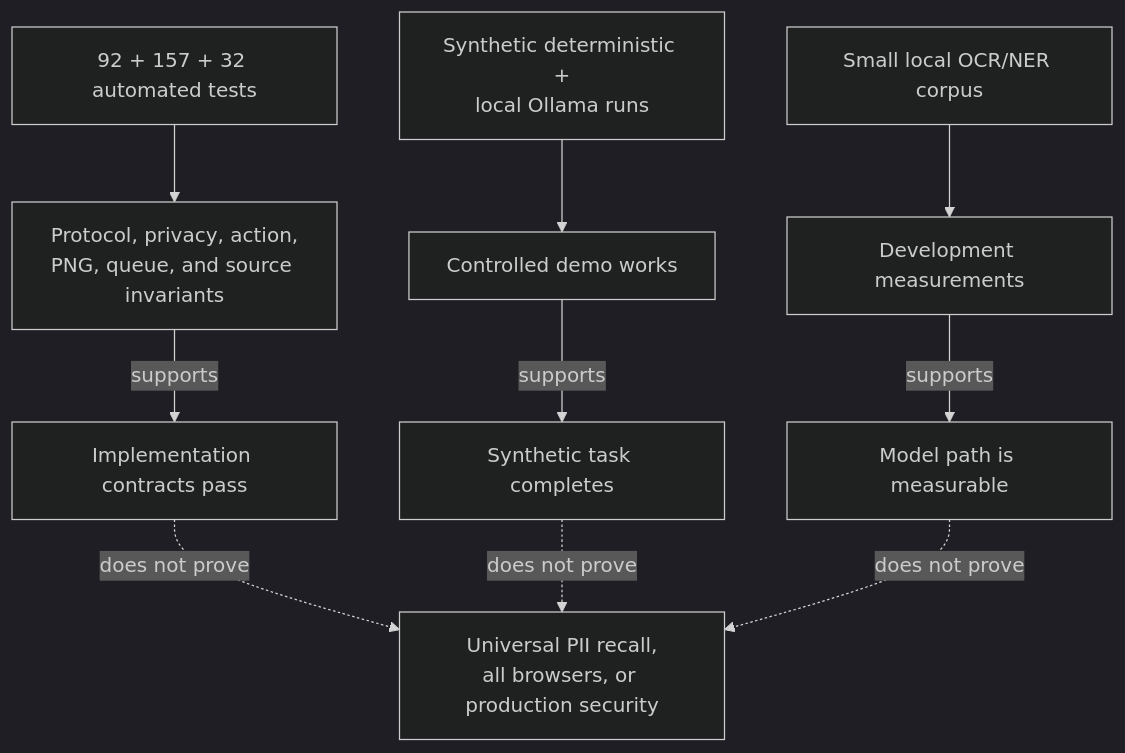
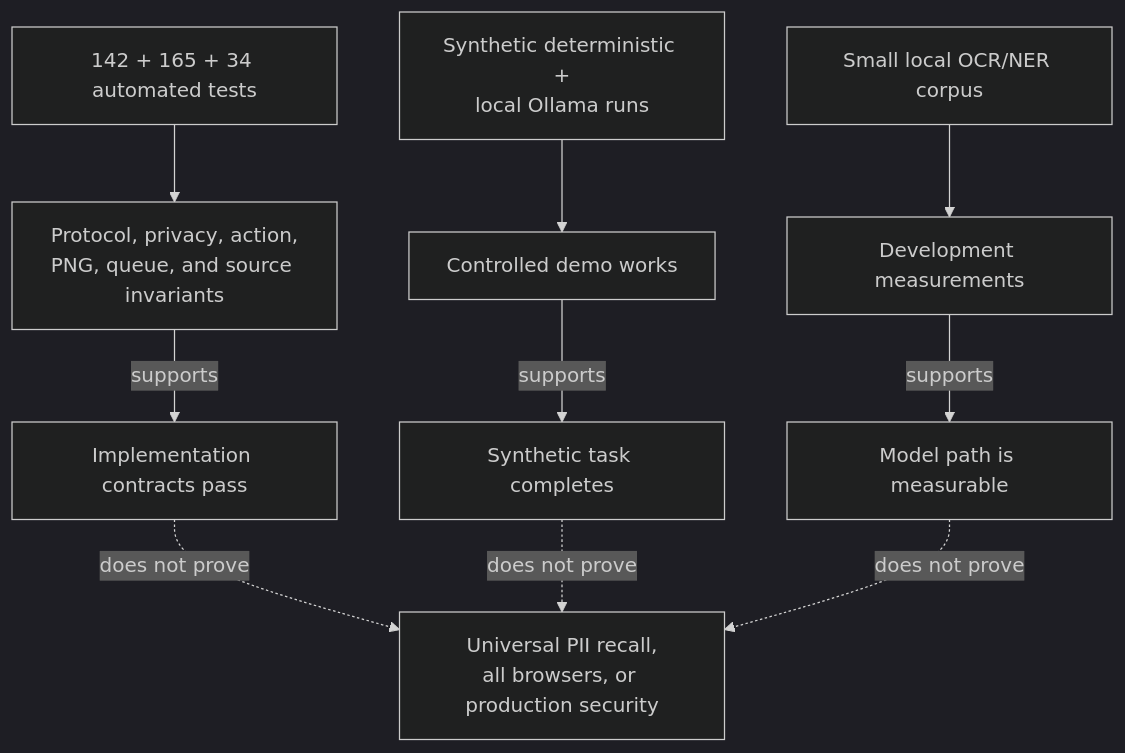
Before and after one commit to Rohinth-S/NAYAN: the third of 3 diagrams in VALIDATION_REPORT.md, drawn with Mermaid (dark theme). The commit also changed other lines of this file and 2 other files, not shown here.

````diff
--- a/VALIDATION_REPORT.md
+++ b/VALIDATION_REPORT.md
@@ -60,12 +60,12 @@
 ```mermaid
 flowchart TD
-    TESTS[92 + 157 + 32 automated tests] --> CONTRACTS[Protocol, privacy, action,<br/>PNG, queue, and source invariants]
+    TESTS[142 + 165 + 34 automated tests] --> CONTRACTS[Protocol, privacy, action,<br/>PNG, queue, and source invariants]
     E2E[Synthetic deterministic +<br/>local Ollama runs] --> DEMO[Controlled demo works]
     PERCEPTION[Small local OCR/NER corpus] --> EXPERIMENT[Development measurements]
     CONTRACTS -->|supports| CLAIM1[Implementation contracts pass]
     DEMO -->|supports| CLAIM2[Synthetic task completes]
     EXPERIMENT -->|supports| CLAIM3[Model path is measurable]
     CLAIM1 -. does not prove .-> UNIVERSAL[Universal PII recall,<br/>all browsers, or production security]
     CLAIM2 -. does not prove .-> UNIVERSAL
     CLAIM3 -. does not prove .-> UNIVERSAL
 ```
````
